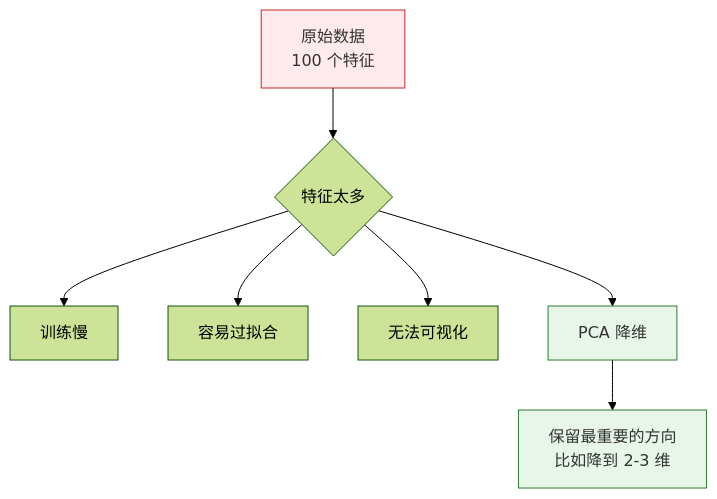
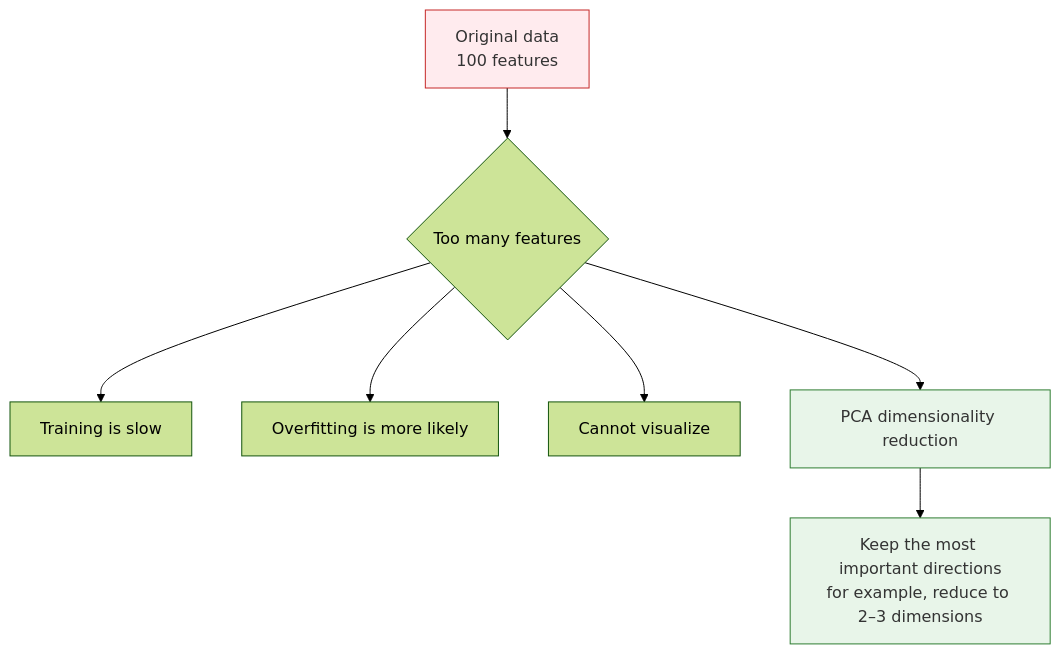
Before and after one commit to oudbiao/AI-fullstack-course: the third of 4 diagrams in docs/ch04-ai-math/ch01-linear-algebra/03-eigenvalues.md, drawn with Mermaid (forest theme). The commit also changed other lines of this file and 1406 other files, not shown here.

````diff
--- a/docs/ch04-ai-math/ch01-linear-algebra/03-eigenvalues.md
+++ b/docs/ch04-ai-math/ch01-linear-algebra/03-eigenvalues.md
@@ -240,13 +240,13 @@
 ```mermaid
 flowchart TD
-    A["原始数据<br/>100 个特征"] --> B{"特征太多"}
-    B --> C["训练慢"]
-    B --> D["容易过拟合"]
-    B --> E["无法可视化"]
-    B --> F["PCA 降维"]
-    F --> G["保留最重要的方向<br/>比如降到 2-3 维"]
+    A["Original data<br/>100 features"] --> B{"Too many features"}
+    B --> C["Training is slow"]
+    B --> D["Overfitting is more likely"]
+    B --> E["Cannot visualize"]
+    B --> F["PCA dimensionality reduction"]
+    F --> G["Keep the most important directions<br/>for example, reduce to 2–3 dimensions"]
 
     style A fill:#ffebee,stroke:#c62828,color:#333
     style F fill:#e8f5e9,stroke:#2e7d32,color:#333
     style G fill:#e8f5e9,stroke:#2e7d32,color:#333
 ```
````
